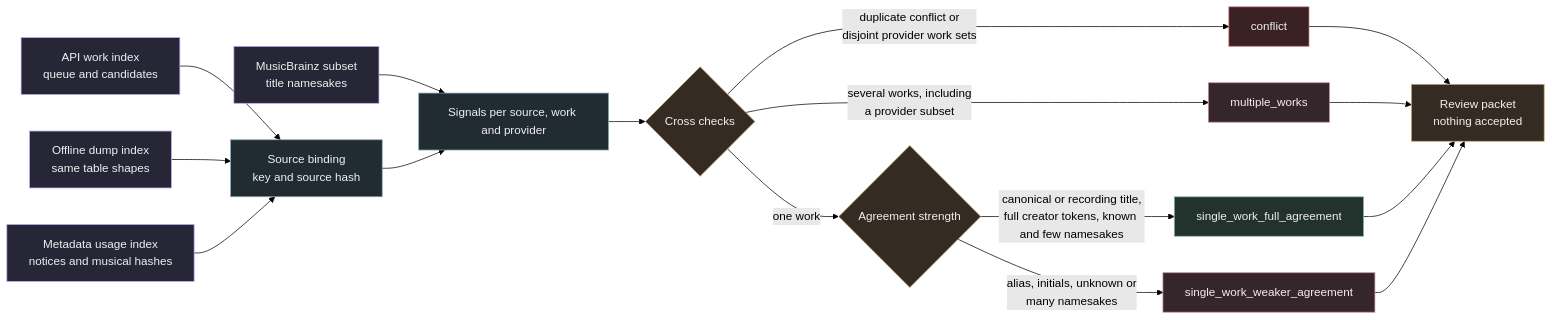
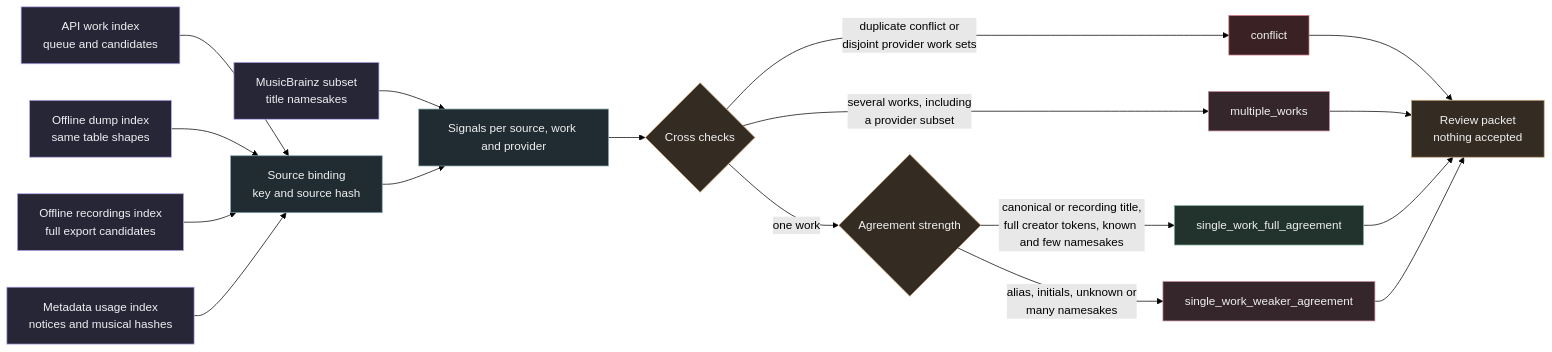
One commit to AlgoritmiNarvik/SaMuGeD-Algoritmi-DrDreSamplerAI-2024 changed the diagram in docs/research/corpus/candidate_assessment.md. Above: the diagram before and after it, drawn with Mermaid (forest theme). The commit also changed other lines of this file and 3 other files, not shown here.

First line of the commit message:
feat(assessment): accept the offline recordings index as a third candidate provider (#54)

````diff
--- a/docs/research/corpus/candidate_assessment.md
+++ b/docs/research/corpus/candidate_assessment.md
@@ -5,25 +5,26 @@
 ```mermaid
 flowchart LR
     W[API work index<br/>queue and candidates]:::data --> B[Source binding<br/>key and source hash]:::action
     O[Offline dump index<br/>same table shapes]:::data --> B
+    R[Offline recordings index<br/>full export candidates]:::data --> B
     M[Metadata usage index<br/>notices and musical hashes]:::data --> B
     S[MusicBrainz subset<br/>title namesakes]:::data --> G
     B --> G[Signals per source, work and provider]:::action
     G --> C{Cross checks}:::decision
     C -->|duplicate conflict or<br/>disjoint provider work sets| X[conflict]:::blocked
     C -->|several works, including<br/>a provider subset| MW[multiple_works]:::pending
     C -->|one work| T{Agreement strength}:::decision
     T -->|canonical or recording title,<br/>full creator tokens, known and few namesakes| F[single_work_full_agreement]:::allowed
     T -->|alias, initials, unknown or<br/>many namesakes| WK[single_work_weaker_agreement]:::pending
     X --> P[Review packet<br/>nothing accepted]:::review
     MW --> P
     F --> P
     WK --> P
     classDef data fill:#262637,stroke:#b9acf3,color:#f0f0f2
     classDef action fill:#202c31,stroke:#85a5af,color:#f0f0f2
     classDef decision fill:#342c22,stroke:#c8a878,color:#f0f0f2
     classDef review fill:#342c22,stroke:#c8a878,color:#f0f0f2
     classDef allowed fill:#21332c,stroke:#8bb79f,color:#f0f0f2
     classDef pending fill:#35262b,stroke:#c48b99,color:#f0f0f2
     classDef blocked fill:#3a2224,stroke:#d0777f,color:#f0f0f2
 ```
````
